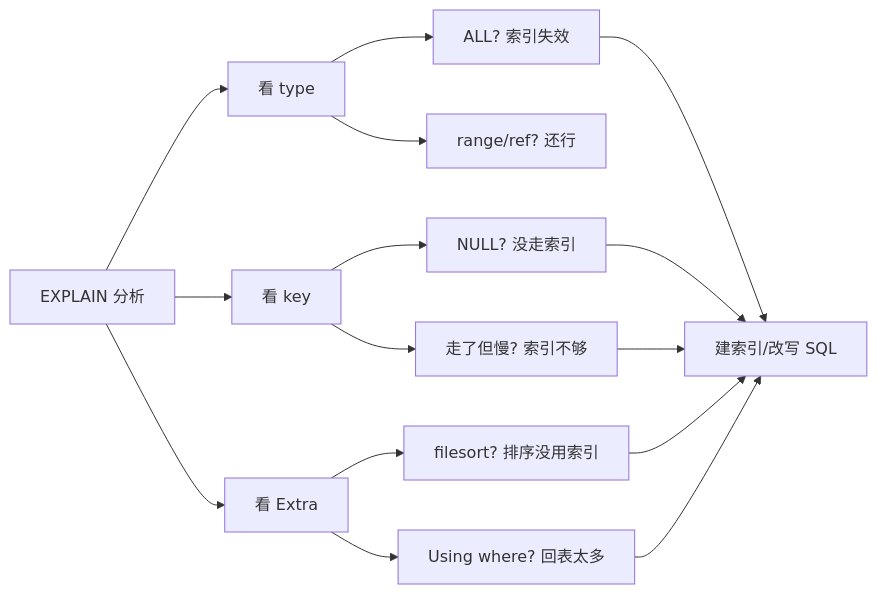
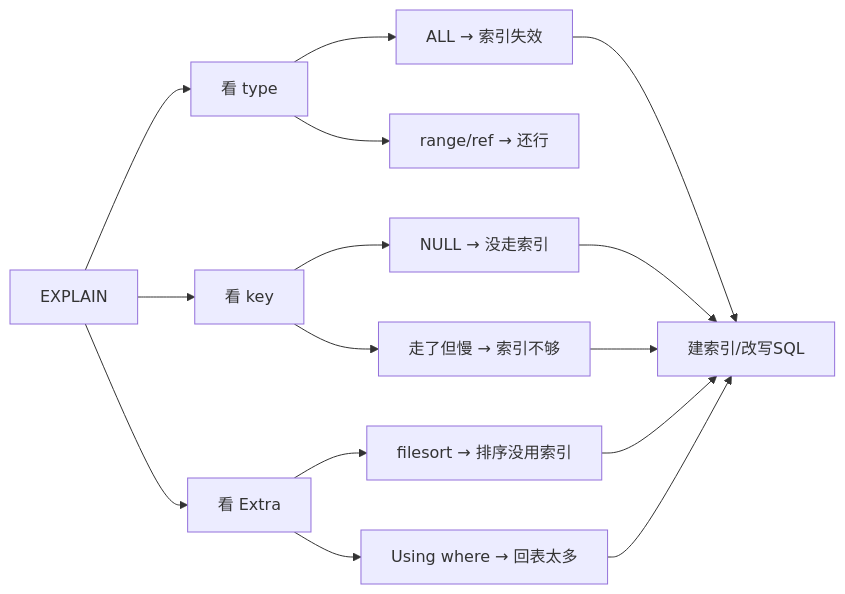
One commit to Alexlindd0503/digitalgarden changed the diagram in src/site/notes/01.专项学习/MySQL实战高手/09-SQL调优案例.md. Above: the diagram before and after it, drawn with Mermaid. The commit also changed other lines of this file and 3 other files, not shown here.

````diff
--- a/src/site/notes/01.专项学习/MySQL实战高手/09-SQL调优案例.md
+++ b/src/site/notes/01.专项学习/MySQL实战高手/09-SQL调优案例.md
@@ -143,20 +132,20 @@
 ```mermaid
 graph LR
-    A["EXPLAIN 分析"] --> B["看 type"]
-    B --> B1["ALL? 索引失效"]
-    B --> B2["range/ref? 还行"]
+    A["EXPLAIN"] --> B["看 type"]
+    B --> B1["ALL → 索引失效"]
+    B --> B2["range/ref → 还行"]
     
     A --> C["看 key"]
-    C --> C1["NULL? 没走索引"]
-    C --> C2["走了但慢? 索引不够"]
+    C --> C1["NULL → 没走索引"]
+    C --> C2["走了但慢 → 索引不够"]
     
     A --> D["看 Extra"]
-    D --> D1["filesort? 排序没用索引"]
-    D --> D2["Using where? 回表太多"]
+    D --> D1["filesort → 排序没用索引"]
+    D --> D2["Using where → 回表太多"]
     
-    B1 --> E["建索引/改写 SQL"]
+    B1 --> E["建索引/改写SQL"]
     C1 --> E
     C2 --> E
     D1 --> E
     D2 --> E
 ```
````
